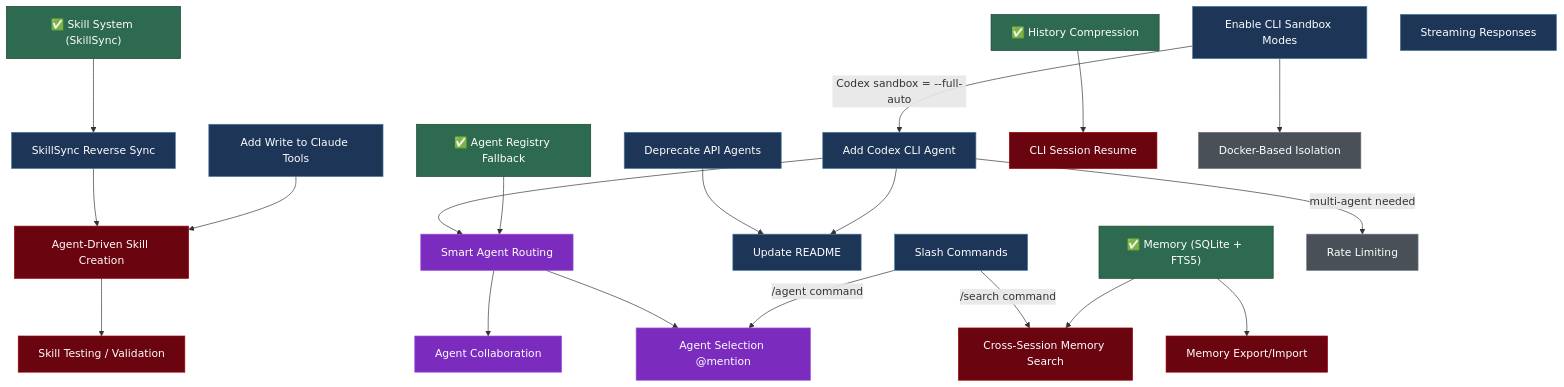
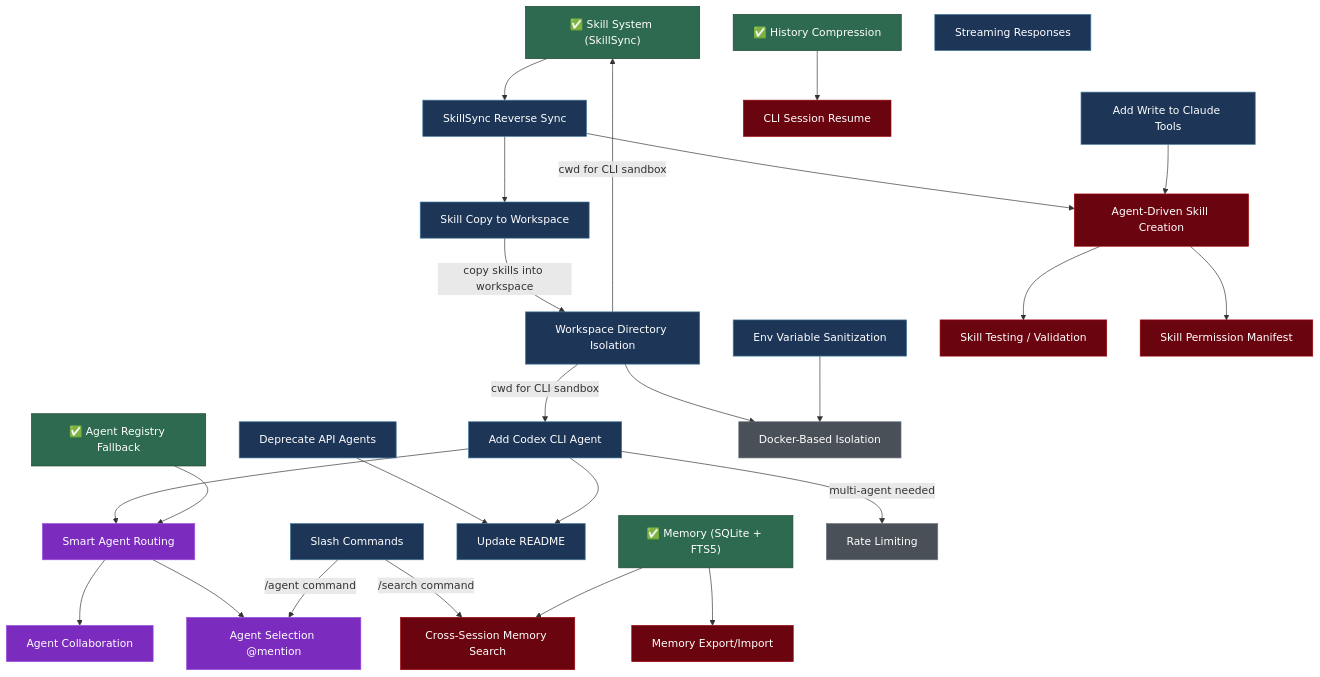
The diagram in docs/todo.md (TCoherence/oh-my-agent), drawn with Mermaid before and after one commit. The commit also changed other lines of this file and 2 other files, not shown here.

Commit message:
docs: Detail sandbox isolation into workspace, environment sanitization, and skill copying, and add skill permission manifest to the todo list.

````diff
--- a/docs/todo.md
+++ b/docs/todo.md
@@ -19,7 +19,9 @@
     %% ── v0.4.0 ─────────────────────────────────────
     DEPRECATE["Deprecate API Agents"]
     CODEX["Add Codex CLI Agent"]
-    SANDBOX["Enable CLI Sandbox Modes"]
+    WORKSPACE["Workspace Directory Isolation"]
+    ENVSANITIZE["Env Variable Sanitization"]
+    SKILLCOPY["Skill Copy to Workspace"]
     WRITE["Add Write to Claude Tools"]
     REVERSE["SkillSync Reverse Sync"]
     STREAM["Streaming Responses"]
@@ -29,6 +31,7 @@
     %% ── v0.5.0 ─────────────────────────────────────
     SKILLCREATE["Agent-Driven Skill Creation"]
     SKILLTEST["Skill Testing / Validation"]
+    SKILLPERM["Skill Permission Manifest"]
     RESUME["CLI Session Resume"]
     XMEM["Cross-Session Memory Search"]
     MEMIO["Memory Export/Import"]
@@ -44,8 +47,11 @@
 
     %% ── Dependencies ────────────────────────────────
 
-    %% v0.4 internal
-    SANDBOX -->|"Codex sandbox = --full-auto"| CODEX
+    %% v0.4 internal (sandbox isolation)
+    WORKSPACE -->|"cwd for CLI sandbox"| CODEX
+    WORKSPACE -->|"cwd for CLI sandbox"| SKILL
+    SKILLCOPY -->|"copy skills into workspace"| WORKSPACE
+    REVERSE --> SKILLCOPY
     DEPRECATE --> README
     CODEX --> README
 
@@ -54,6 +60,7 @@
     WRITE --> SKILLCREATE
     SKILL --> REVERSE
     SKILLCREATE --> SKILLTEST
+    SKILLCREATE --> SKILLPERM
     SLASH -->|"/search command"| XMEM
     MEM --> XMEM
     MEM --> MEMIO
@@ -67,7 +74,8 @@
     SLASH -->|"/agent command"| MENTION
 
     %% Backlog
-    SANDBOX --> DOCKER
+    WORKSPACE --> DOCKER
+    ENVSANITIZE --> DOCKER
     CODEX -->|"multi-agent needed"| RATELIMIT
 
     %% Style
@@ -78,8 +86,8 @@
     classDef backlog fill:#495057,stroke:#6c757d,color:#fff
 
     class MEM,COMP,SKILL,FALLBACK done
-    class DEPRECATE,CODEX,SANDBOX,WRITE,REVERSE,STREAM,SLASH,README v04
-    class SKILLCREATE,SKILLTEST,RESUME,XMEM,MEMIO v05
+    class DEPRECATE,CODEX,WORKSPACE,ENVSANITIZE,SKILLCOPY,WRITE,REVERSE,STREAM,SLASH,README v04
+    class SKILLCREATE,SKILLTEST,SKILLPERM,RESUME,XMEM,MEMIO v05
     class ROUTING,COLLAB,MENTION v06
     class DOCKER,RATELIMIT backlog
 ```
````
